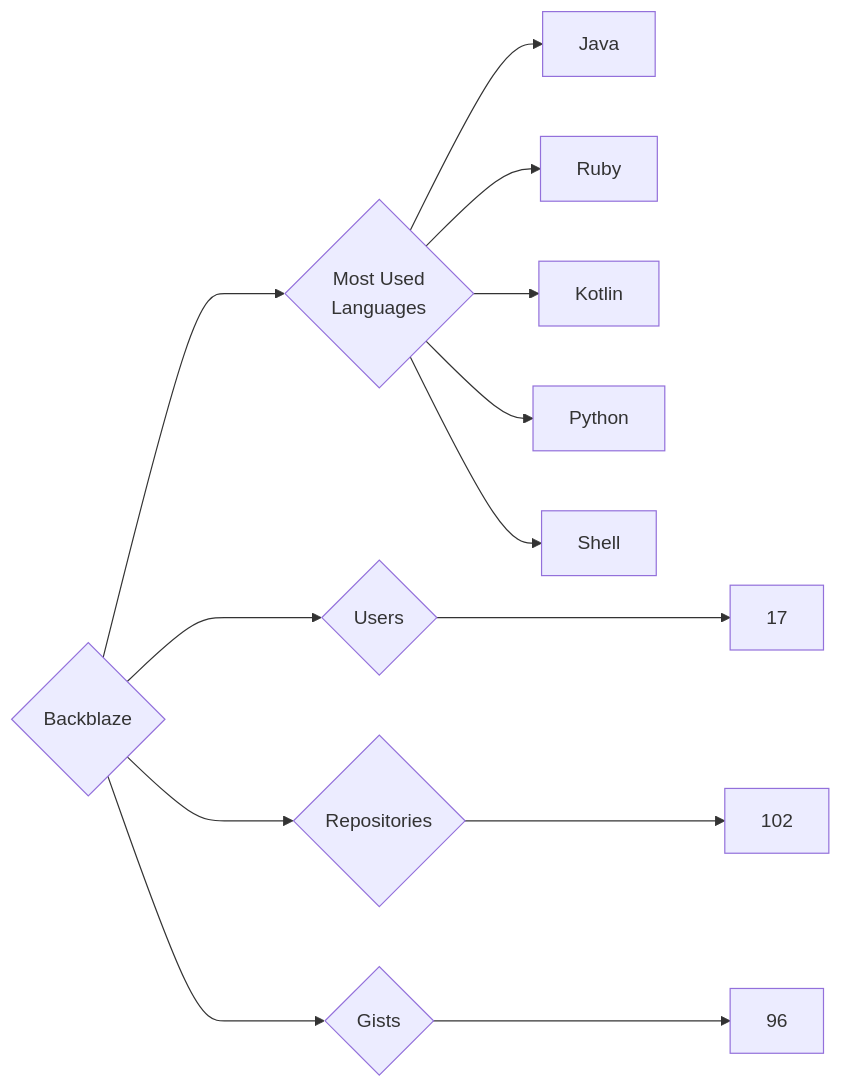
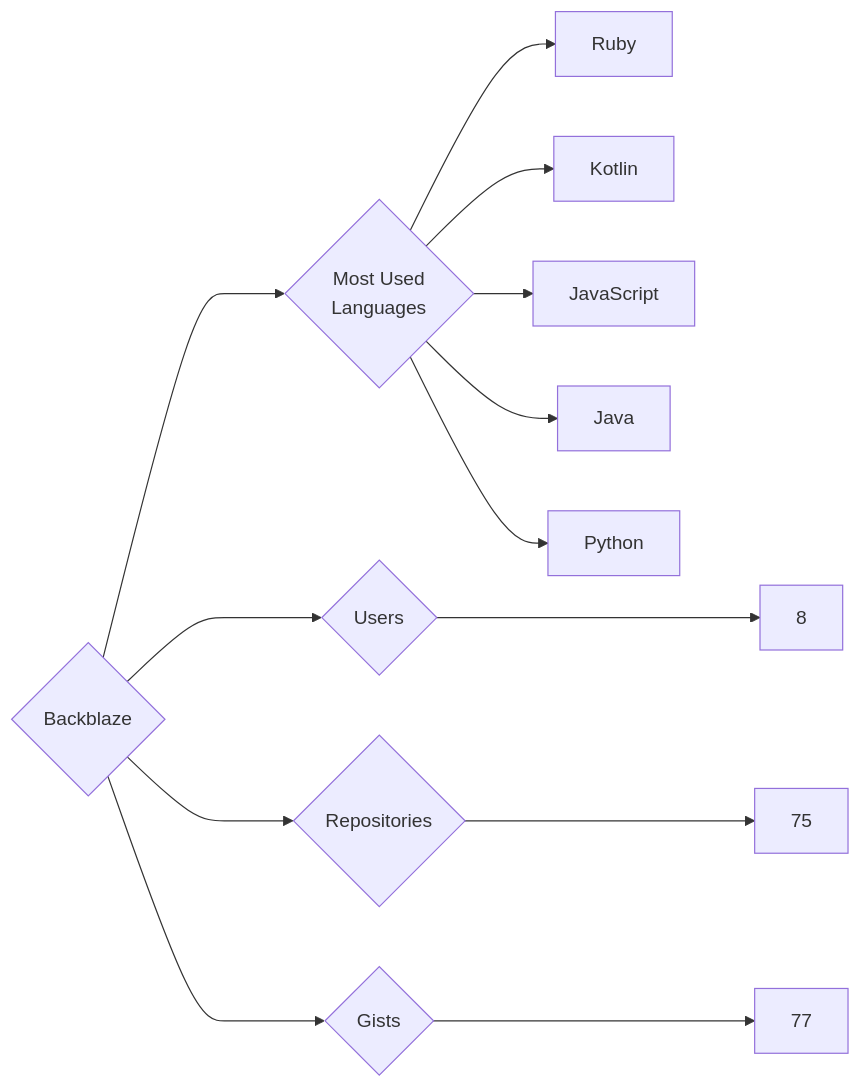
Before and after one commit to trickest/insiders: the diagram in targets/Backblaze/README.md, drawn with Mermaid. The commit also changed 927 other files, not shown here.

````diff
--- a/targets/Backblaze/README.md
+++ b/targets/Backblaze/README.md
@@ -3,13 +3,13 @@
 ```mermaid
 graph LR
 COMPANY_NAME{Backblaze}
-COMPANY_NAME ---> U{Users} ---> UN[17]
-COMPANY_NAME ---> R{Repositories} ---> RN[102]
-COMPANY_NAME ---> G{Gists} ---> GN[96]
+COMPANY_NAME ---> U{Users} ---> UN[8]
+COMPANY_NAME ---> R{Repositories} ---> RN[75]
+COMPANY_NAME ---> G{Gists} ---> GN[77]
 COMPANY_NAME ---> ML{Most Used<br>Languages}
-ML --> Java[Java]
 ML --> Ruby[Ruby]
 ML --> Kotlin[Kotlin]
+ML --> JavaScript[JavaScript]
+ML --> Java[Java]
 ML --> Python[Python]
-ML --> Shell[Shell]
 ```
````
